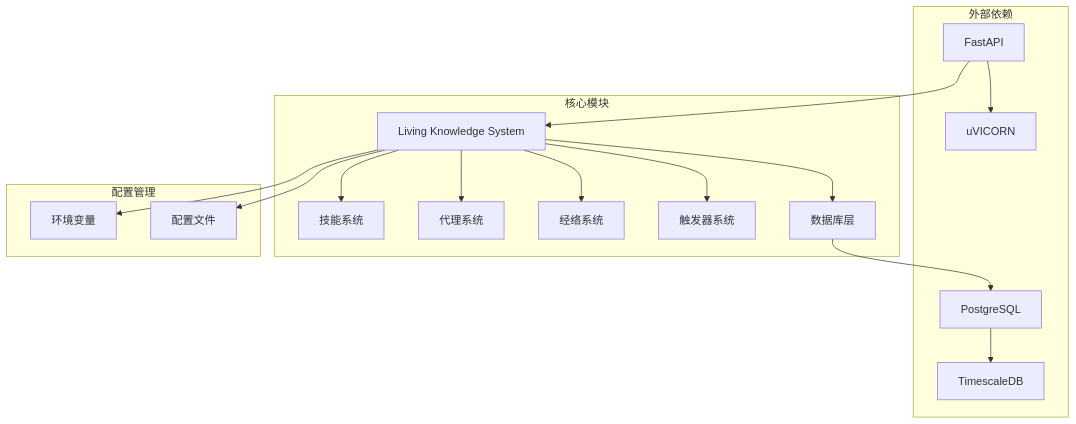
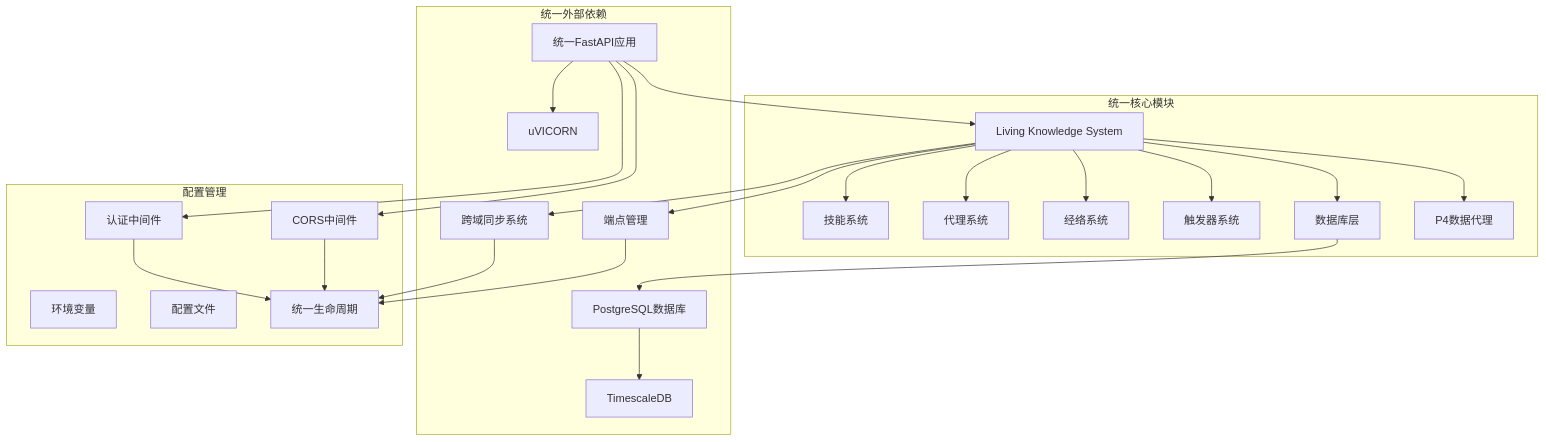
One commit to jackeyunjie/open-notebook changed the eighth of 8 diagrams in .qoder/repowiki/zh/content/项目概述/核心功能特性/活体知识系统.md. Above: the diagram before and after it, drawn with Mermaid. The commit also changed other lines of this file and 51 other files, not shown here.

````diff
--- a/.qoder/repowiki/zh/content/项目概述/核心功能特性/活体知识系统.md
+++ b/.qoder/repowiki/zh/content/项目概述/核心功能特性/活体知识系统.md
@@ -364,32 +464,46 @@
 ```mermaid
 graph TB
-subgraph "外部依赖"
-API[FastAPI]
-PG[PostgreSQL]
+subgraph "统一外部依赖"
+API[统一FastAPI应用]
+PG[PostgreSQL数据库]
 TS[TimescaleDB]
 UV[uVICORN]
+SYNC[跨域同步系统]
+ENDPOINTS[统一端点]
 end
-subgraph "核心模块"
+subgraph "统一核心模块"
 LKS[Living Knowledge System]
 SKILLS[技能系统]
 AGENTS[代理系统]
 MERIDIANS[经络系统]
 TRIGGERS[触发器系统]
 DATABASE[数据库层]
+P4_AGENT[P4数据代理]
+ENDPOINTS[端点管理]
 end
 subgraph "配置管理"
 ENV[环境变量]
 CONFIG[配置文件]
+LIFESPAN[统一生命周期]
+AUTH[认证中间件]
+CORS[CORS中间件]
 end
 API --> LKS
 LKS --> SKILLS
 LKS --> AGENTS
 LKS --> MERIDIANS
 LKS --> TRIGGERS
+LKS --> P4_AGENT
 LKS --> DATABASE
 DATABASE --> PG
 PG --> TS
-LKS --> ENV
-LKS --> CONFIG
+LKS --> SYNC
+LKS --> ENDPOINTS
 API --> UV
+API --> AUTH
+API --> CORS
+AUTH --> LIFESPAN
+CORS --> LIFESPAN
+SYNC --> LIFESPAN
+ENDPOINTS --> LIFESPAN
 ```
````
